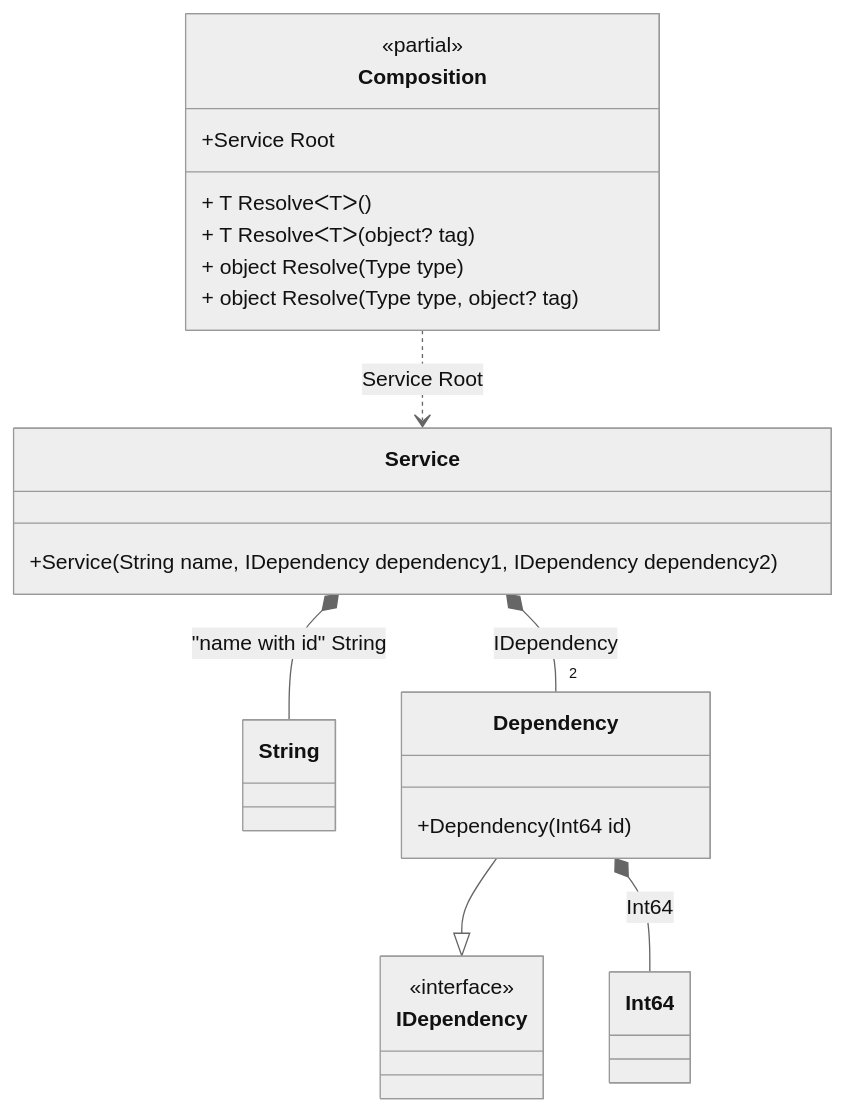
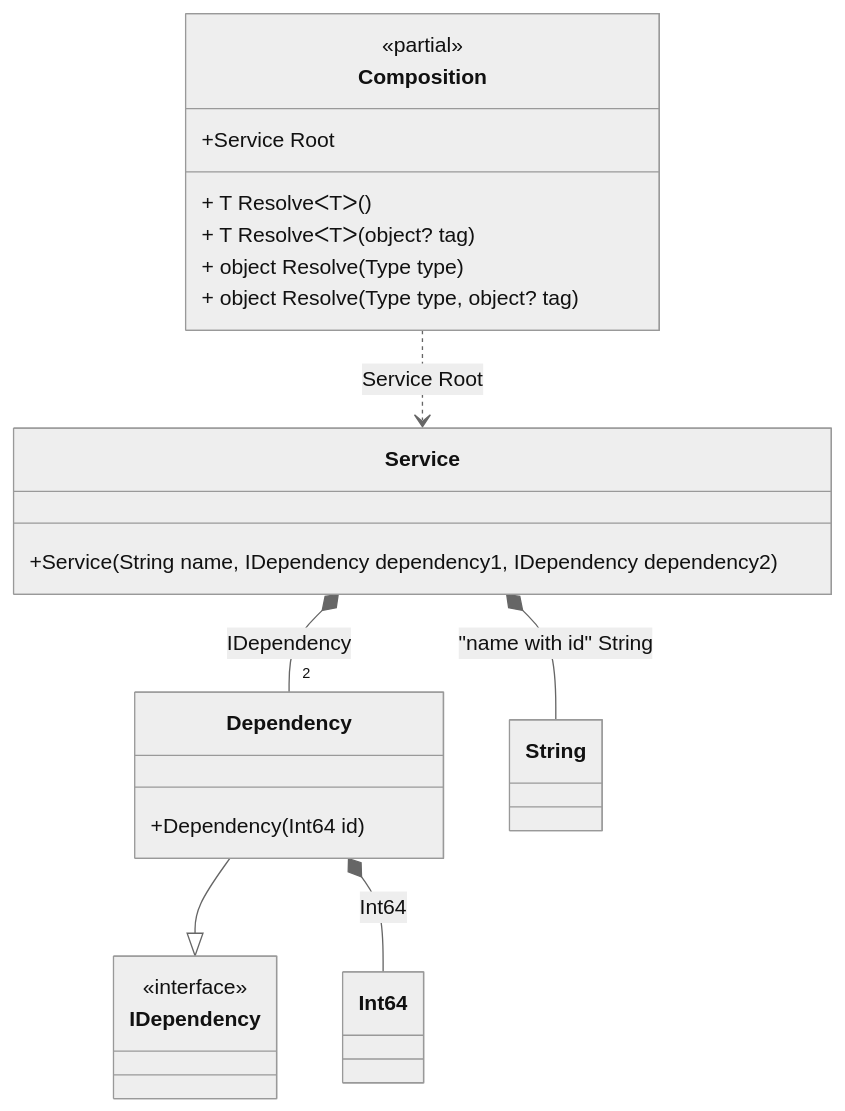
The diagram in readme/partial-class.md (DevTeam/Pure.DI), drawn with Mermaid (neutral theme) before and after one commit. The commit also changed other lines of this file and 90 other files, not shown here.

````diff
--- a/readme/partial-class.md
+++ b/readme/partial-class.md
@@ -216,27 +216,27 @@
 ```mermaid
 classDiagram
 	class Composition {
 		<<partial>>
 		+Service Root
 		+ T ResolveᐸTᐳ()
 		+ T ResolveᐸTᐳ(object? tag)
 		+ object Resolve(Type type)
 		+ object Resolve(Type type, object? tag)
 	}
 	class Service {
 		+Service(String name, IDependency dependency1, IDependency dependency2)
 	}
-	class Int64
-	class String
 	Dependency --|> IDependency
 	class Dependency {
 		+Dependency(Int64 id)
 	}
+	class Int64
+	class String
 	class IDependency {
 		<<interface>>
 	}
 	Service *--  String : "name with id"  String
 	Service *-- "2 " Dependency : IDependency
+	Composition ..> Service : Service Root
 	Dependency *--  Int64 : Int64
-	Composition ..> Service : Service Root
 ```
````
